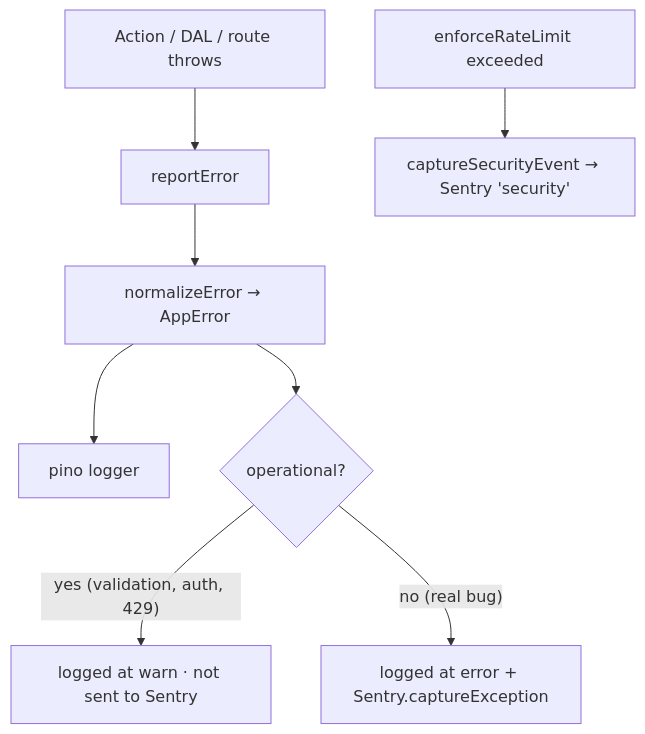
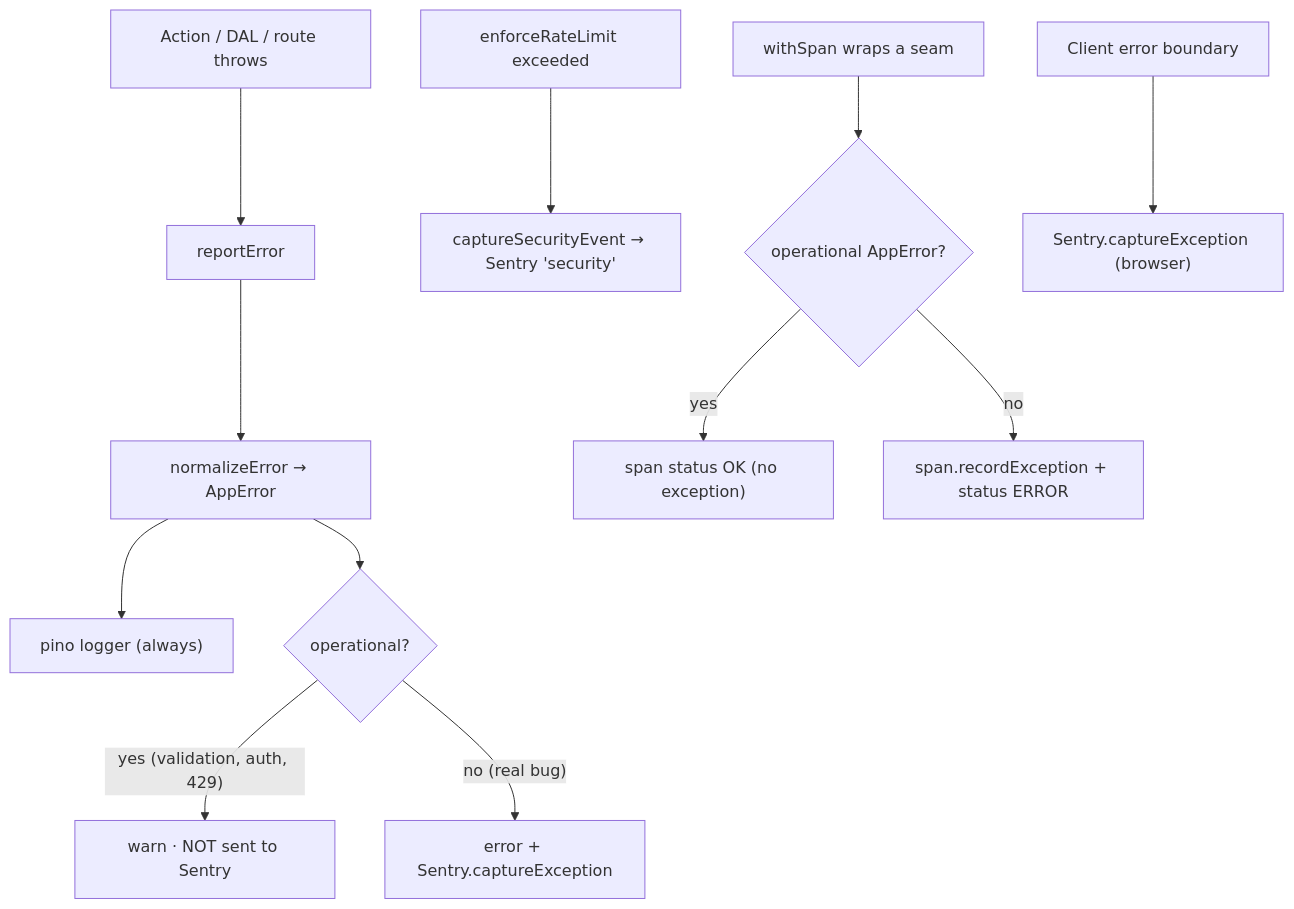
Before and after one commit to isyll/isyll-next-template: the diagram in docs/observability.md, drawn with Mermaid. The commit also changed other lines of this file and 19 other files, not shown here.

First line of the commit message:
docs(repo): refactor all docs to a consistent template with diagrams

````diff
--- a/docs/observability.md
+++ b/docs/observability.md
@@ -13,10 +24,14 @@
 ```mermaid
 flowchart TD
-    A[Action / DAL / route throws] --> R[reportError]
-    R --> N[normalizeError → AppError]
-    N --> L[pino logger]
+    A["Action / DAL / route throws"] --> R[reportError]
+    R --> N["normalizeError → AppError"]
+    N --> L["pino logger (always)"]
     N --> Q{operational?}
-    Q -- "yes (validation, auth, 429)" --> W[logged at warn · not sent to Sentry]
-    Q -- "no (real bug)" --> E[logged at error + Sentry.captureException]
-    RL[enforceRateLimit exceeded] --> S[captureSecurityEvent → Sentry 'security']
+    Q -- "yes (validation, auth, 429)" --> W["warn · NOT sent to Sentry"]
+    Q -- "no (real bug)" --> E["error + Sentry.captureException"]
+    RL["enforceRateLimit exceeded"] --> S["captureSecurityEvent → Sentry 'security'"]
+    SP["withSpan wraps a seam"] --> SQ{operational AppError?}
+    SQ -- yes --> SOK["span status OK (no exception)"]
+    SQ -- no --> SER["span.recordException + status ERROR"]
+    CB["Client error boundary"] --> CE["Sentry.captureException (browser)"]
 ```
````
